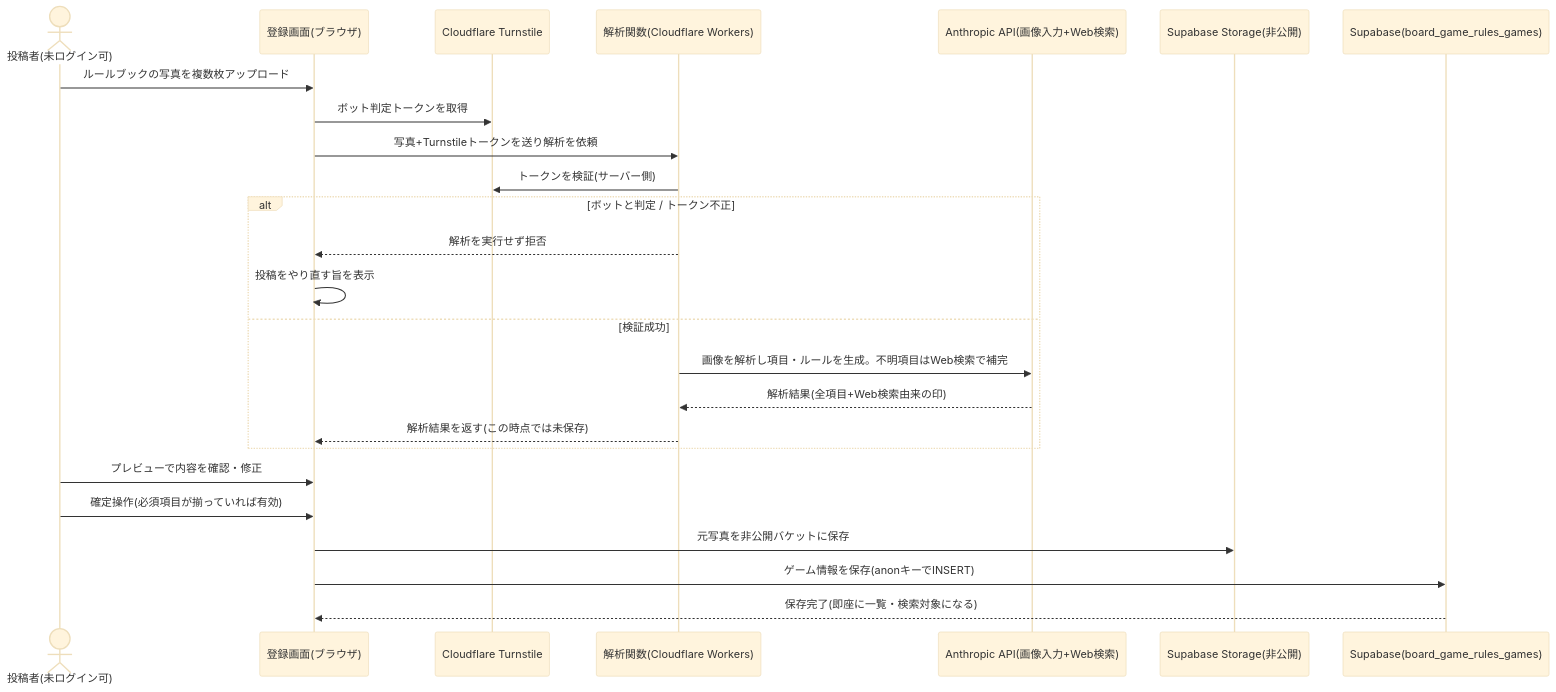
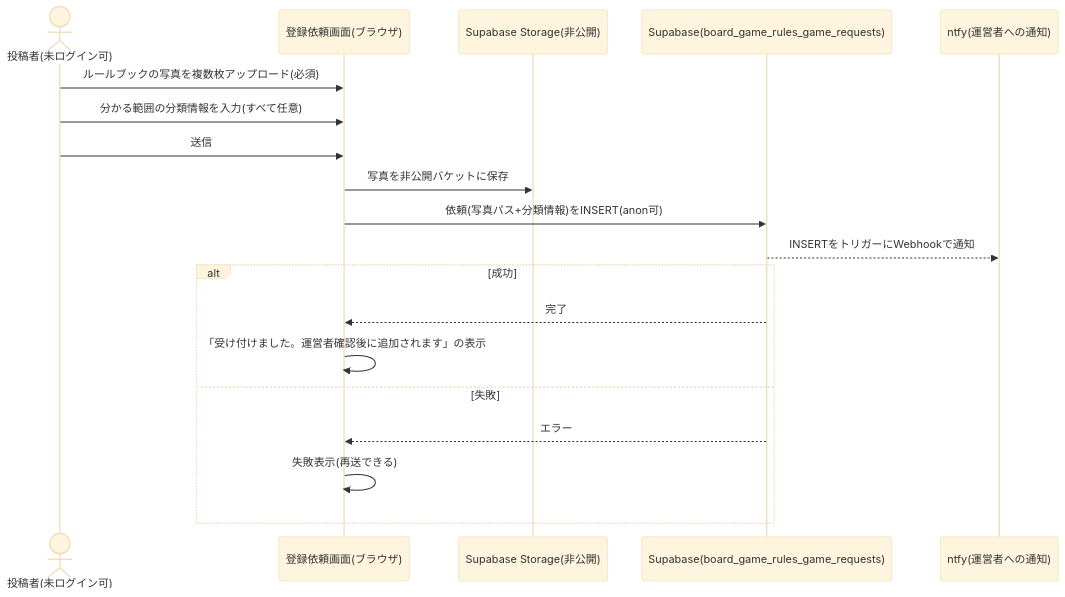
One commit to zakiyama0108/benriyatool changed the diagram in specs/board-game-rules/game-registration/design.md. Above: the diagram before and after it, drawn with Mermaid (base theme). The commit also changed other lines of this file and 13 other files, not shown here.

First line of the commit message:
fix(board-game-rules): 課金なしの登録依頼方式への仕様変更(game-registration/admin) (#179)

````diff
--- a/specs/board-game-rules/game-registration/design.md
+++ b/specs/board-game-rules/game-registration/design.md
@@ -19,28 +7,22 @@
 ```mermaid
 sequenceDiagram
     actor poster as 投稿者(未ログイン可)
-    participant screen as 登録画面(ブラウザ)
-    participant turnstile as Cloudflare Turnstile
-    participant fn as 解析関数(Cloudflare Workers)
-    participant llm as Anthropic API(画像入力+Web検索)
+    participant screen as 登録依頼画面(ブラウザ)
     participant storage as Supabase Storage(非公開)
-    participant db as Supabase(board_game_rules_games)
+    participant db as Supabase(board_game_rules_game_requests)
+    participant notify as ntfy(運営者への通知)
 
-    poster ->> screen: ルールブックの写真を複数枚アップロード
-    screen ->> turnstile: ボット判定トークンを取得
-    screen ->> fn: 写真+Turnstileトークンを送り解析を依頼
-    fn ->> turnstile: トークンを検証(サーバー側)
-    alt ボットと判定 / トークン不正
-        fn -->> screen: 解析を実行せず拒否
-        screen ->> screen: 投稿をやり直す旨を表示
-    else 検証成功
-        fn ->> llm: 画像を解析し項目・ルールを生成。不明項目はWeb検索で補完
-        llm -->> fn: 解析結果(全項目+Web検索由来の印)
-        fn -->> screen: 解析結果を返す(この時点では未保存)
+    poster ->> screen: ルールブックの写真を複数枚アップロード(必須)
+    poster ->> screen: 分かる範囲の分類情報を入力(すべて任意)
+    poster ->> screen: 送信
+    screen ->> storage: 写真を非公開バケットに保存
+    screen ->> db: 依頼(写真パス+分類情報)をINSERT(anon可)
+    db -->> notify: INSERTをトリガーにWebhookで通知
+    alt 成功
+        db -->> screen: 完了
+        screen ->> screen: 「受け付けました。運営者確認後に追加されます」の表示
+    else 失敗
+        db -->> screen: エラー
+        screen ->> screen: 失敗表示(再送できる)
     end
-    poster ->> screen: プレビューで内容を確認・修正
-    poster ->> screen: 確定操作(必須項目が揃っていれば有効)
-    screen ->> storage: 元写真を非公開バケットに保存
-    screen ->> db: ゲーム情報を保存(anonキーでINSERT)
-    db -->> screen: 保存完了(即座に一覧・検索対象になる)
 ```
````
